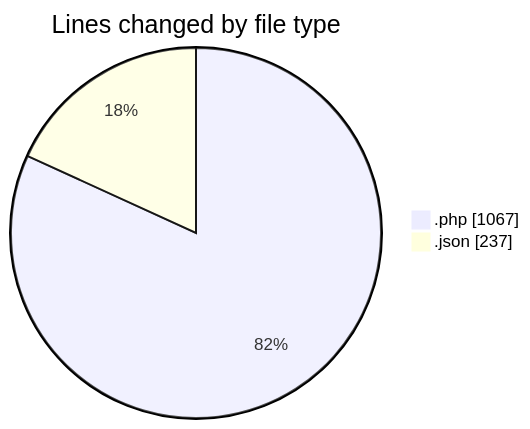
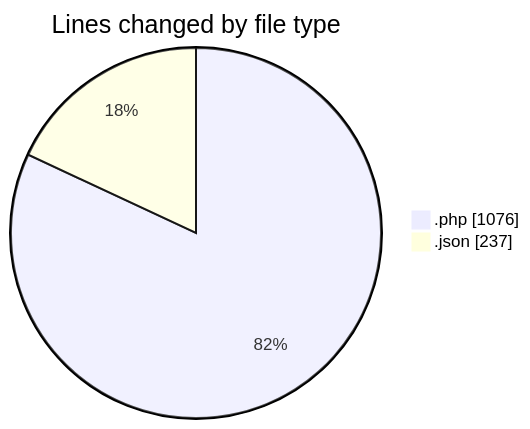
One commit to idhammustaqopulfikri/code-tracking changed the first of 2 diagrams in 2025-05-25/bookingpodcas/README.md. Above: the diagram before and after it, drawn with Mermaid. The commit also changed other lines of this file and 1 other file, not shown here.

````diff
--- a/2025-05-25/bookingpodcas/README.md
+++ b/2025-05-25/bookingpodcas/README.md
@@ -34,6 +34,6 @@
 ```mermaid
 pie showData
 title Lines changed by file type
-".php" : 1067
+".php" : 1076
 ".json" : 237
 ```
````
